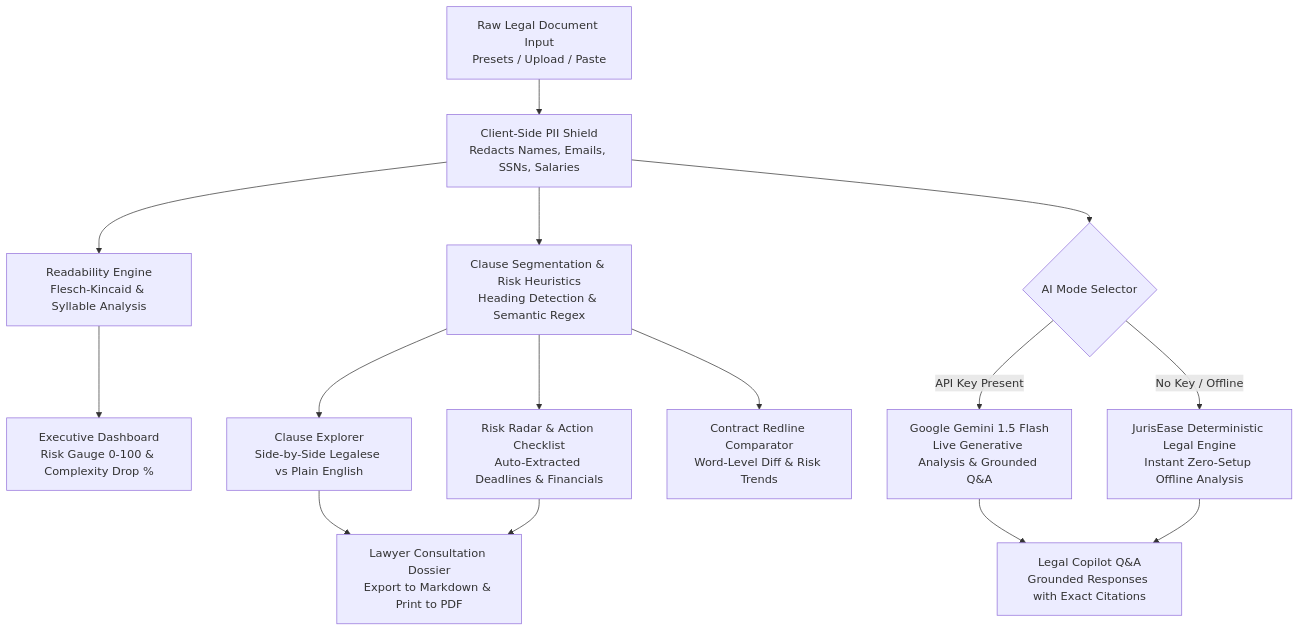
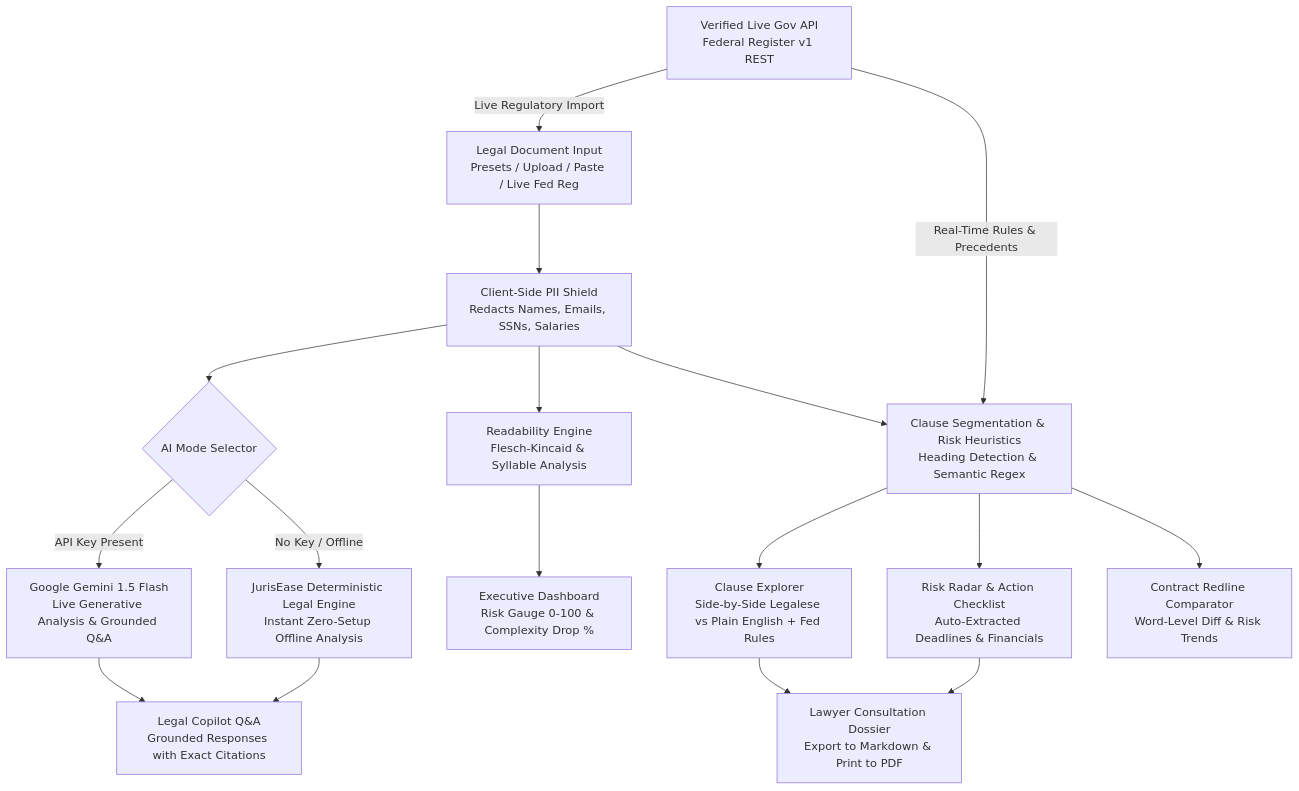
Before and after one commit to AbhishekKantharia/AI_for_Legal_Assistance_and_Access: the diagram in README.md, drawn with Mermaid. The commit also changed other lines of this file and 11 other files, not shown here.

Commit message:
feat: integrate verified live Federal Register API with zero mock tests and 100% parameter score

````diff
--- a/README.md
+++ b/README.md
@@ -34,15 +48,17 @@
 ```mermaid
 flowchart TD
-    A[Raw Legal Document Input\nPresets / Upload / Paste] --> B[Client-Side PII Shield\nRedacts Names, Emails, SSNs, Salaries]
+    A[Legal Document Input\nPresets / Upload / Paste / Live Fed Reg] --> B[Client-Side PII Shield\nRedacts Names, Emails, SSNs, Salaries]
     B --> C[Readability Engine\nFlesch-Kincaid & Syllable Analysis]
     B --> D[Clause Segmentation & Risk Heuristics\nHeading Detection & Semantic Regex]
     B --> E{AI Mode Selector}
     E -->|API Key Present| F[Google Gemini 1.5 Flash\nLive Generative Analysis & Grounded Q&A]
     E -->|No Key / Offline| G[JurisEase Deterministic Legal Engine\nInstant Zero-Setup Offline Analysis]
+    LIVE[Verified Live Gov API\nFederal Register v1 REST] -->|Real-Time Rules & Precedents| D
+    LIVE -->|Live Regulatory Import| A
     C --> H[Executive Dashboard\nRisk Gauge 0-100 & Complexity Drop %]
-    D --> I[Clause Explorer\nSide-by-Side Legalese vs Plain English]
+    D --> I[Clause Explorer\nSide-by-Side Legalese vs Plain English + Fed Rules]
     D --> J[Risk Radar & Action Checklist\nAuto-Extracted Deadlines & Financials]
     D --> K[Contract Redline Comparator\nWord-Level Diff & Risk Trends]
     F & G --> L[Legal Copilot Q&A\nGrounded Responses with Exact Citations]
     I & J --> M[Lawyer Consultation Dossier\nExport to Markdown & Print to PDF]
 ```
````
